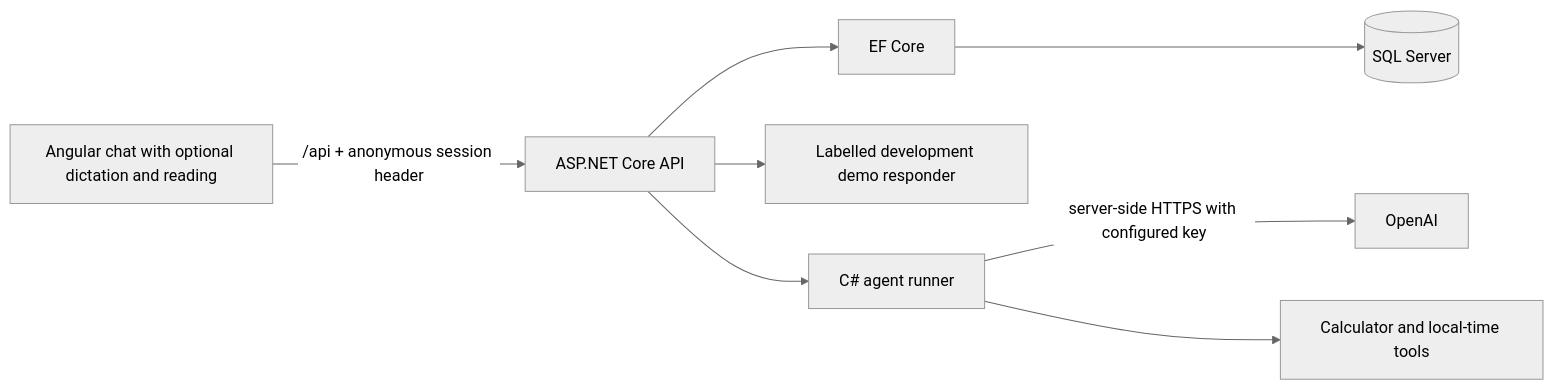
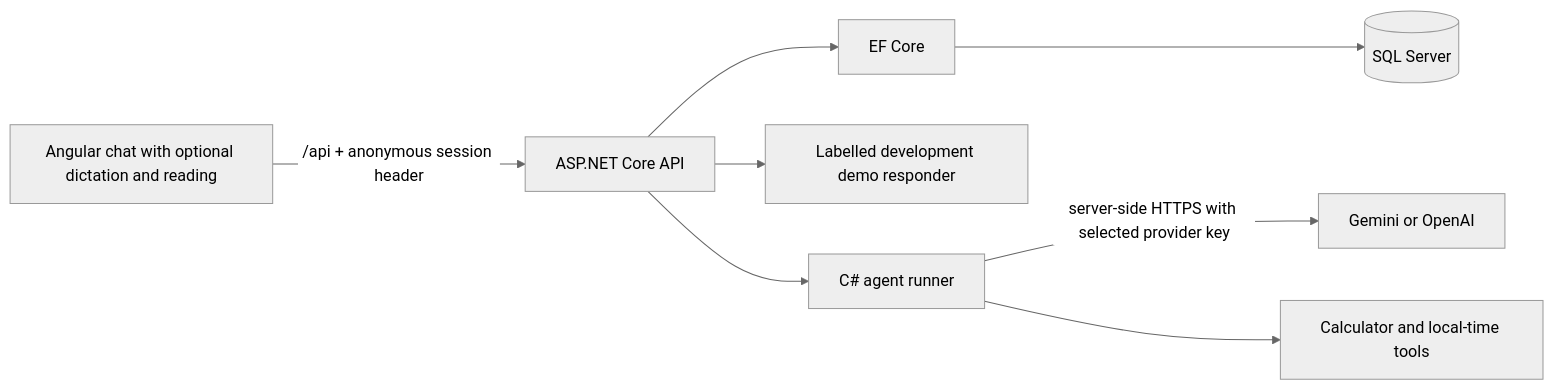
Before and after one commit to akashsaruk923/ChatBot: the diagram in docs/architecture.md, drawn with Mermaid (neutral theme). The commit also changed other lines of this file and 18 other files, not shown here.

Commit message:
Add Gemini provider support for Google AI Studio projects

````diff
--- a/docs/architecture.md
+++ b/docs/architecture.md
@@ -5,10 +5,10 @@
 ```mermaid
 flowchart LR
   Browser[Angular chat with optional dictation and reading] -->|/api + anonymous session header| API[ASP.NET Core API]
   API --> EF[EF Core]
   EF --> SQL[(SQL Server)]
   API --> Demo[Labelled development demo responder]
   API --> Agents[C# agent runner]
-  Agents -->|server-side HTTPS with configured key| Provider[OpenAI]
+  Agents -->|server-side HTTPS with selected provider key| Provider[Gemini or OpenAI]
   Agents --> Tools[Calculator and local-time tools]
 ```
````
